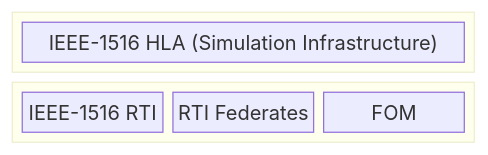
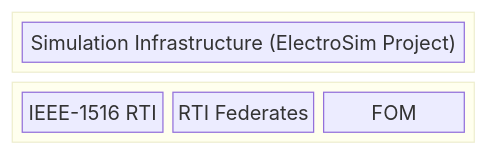
Before and after one commit to Electrostat-Lab/Electrostatic-Sandbox: the second of 6 diagrams in README.md, drawn with Mermaid. The commit also changed other lines of this file, not shown here.

Commit message:
Update README.md: redistribute the project into major subprojects

````diff
--- a/README.md
+++ b/README.md
@@ -100,12 +116,12 @@
 ```mermaid
 block-beta
 columns 1
 block:IEEE
-    _IEEE["IEEE-1516 HLA (Simulation Infrastructure)"]
+    _IEEE["Simulation Infrastructure (ElectroSim Project)"]
 end
 block:__IEEE
   RTI_IEEE["IEEE-1516 RTI"]
   FED_IEEE["RTI Federates"]
   FOM_IEEE["FOM"]
 end
 ```
````
